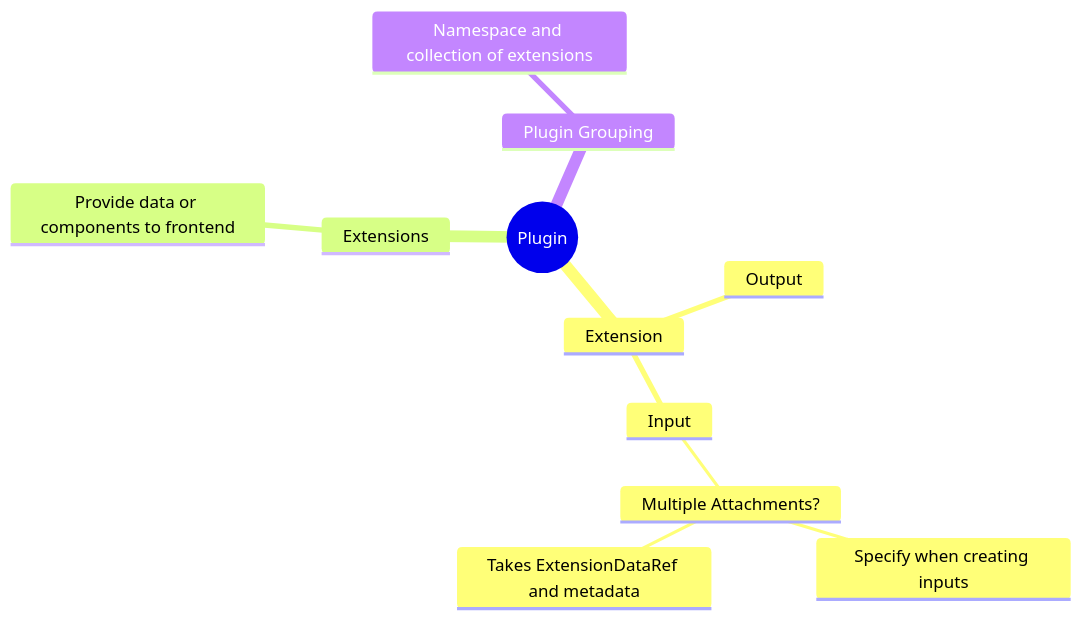
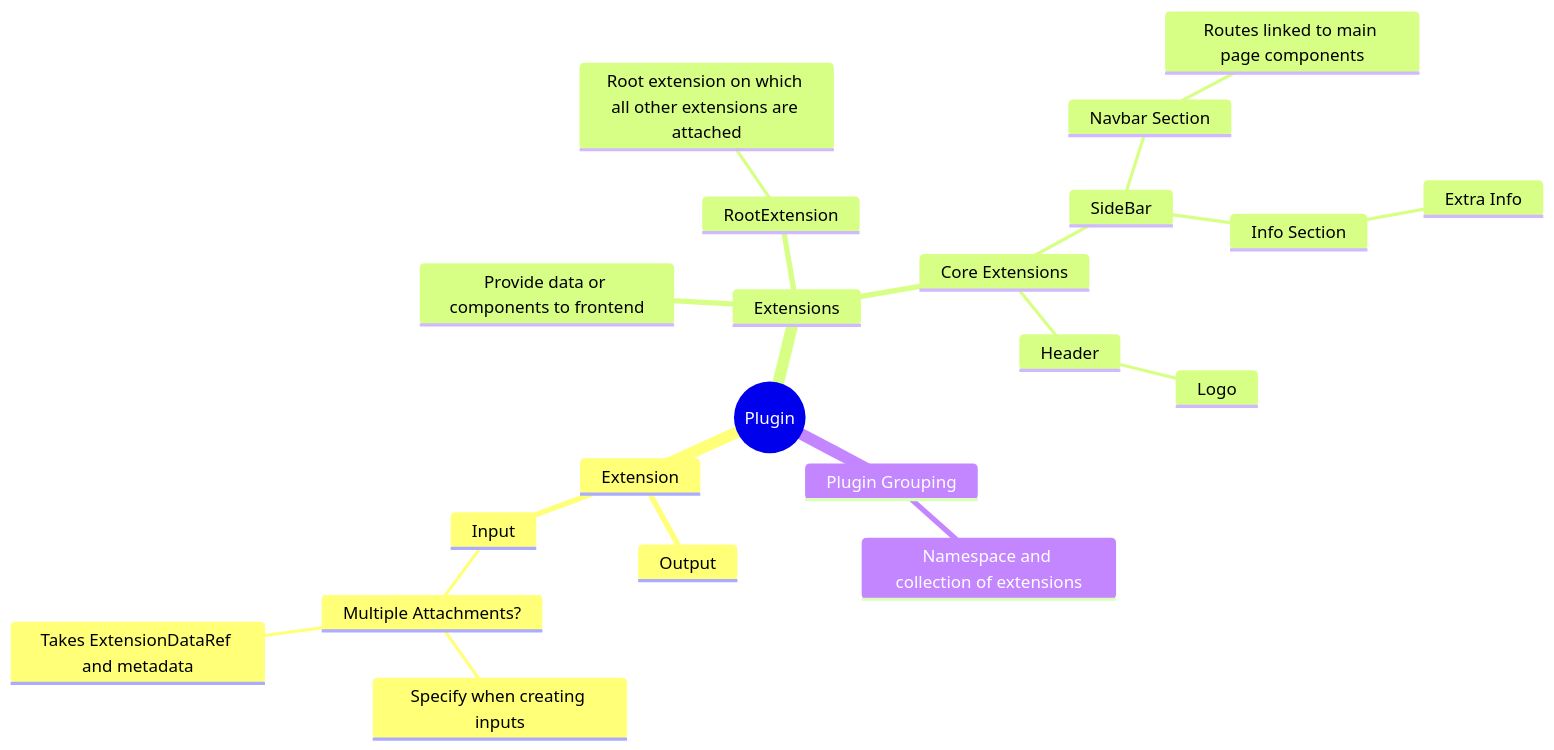
The first of 4 diagrams in docs/index.md (MatiWall/Plugger.Frontend.Extensions), drawn with Mermaid before and after one commit. The commit also changed 8 other files, not shown here.

````diff
--- a/docs/index.md
+++ b/docs/index.md
@@ -6,18 +6,30 @@
 ```mermaid
 
 mindmap
   root((Plugin))
     Extension
       Output
       Input
         Multiple Attachments?
           Specify when creating inputs
           Takes ExtensionDataRef and metadata
     Extensions
       Provide data or components to frontend
+      RootExtension
+         Root extension on which all other extensions are attached
+      Core Extensions
+         SideBar
+            Navbar Section
+               Routes linked to main page components
+            Info Section
+               Extra Info
+         Header
+            Logo
+
+
     Plugin Grouping
       Namespace and collection of extensions
 
                
 
 ```
````
